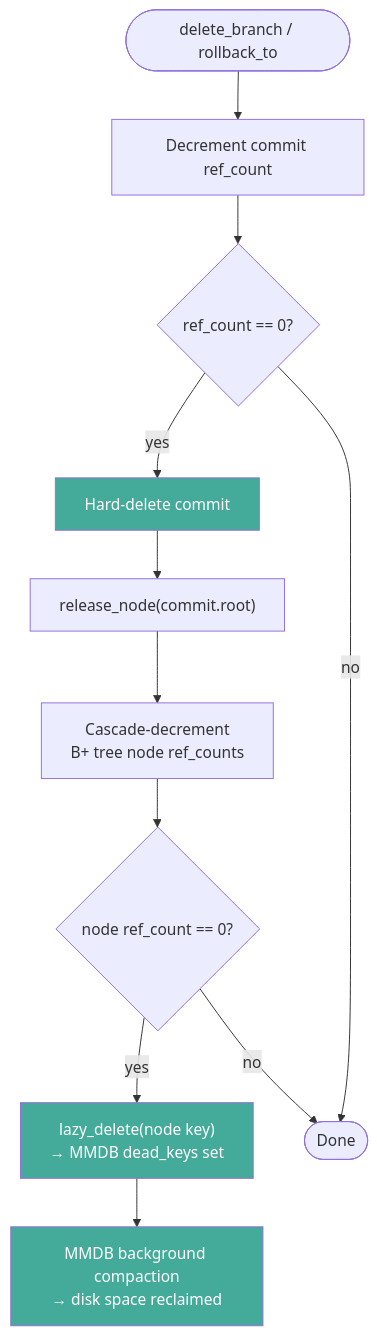
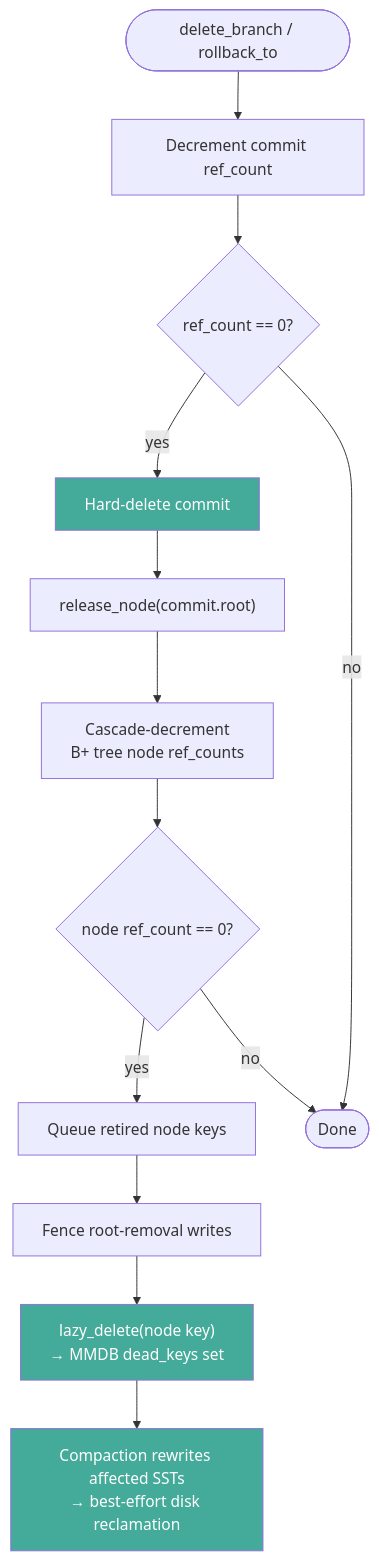
Before and after one commit to rust-util-collections/vsdb: diagram 14 of 18 in strata/docs/versioned.md, drawn with Mermaid. The commit also changed other lines of this file and 36 other files, not shown here.

````diff
--- a/strata/docs/versioned.md
+++ b/strata/docs/versioned.md
@@ -534,17 +537,19 @@
 ```mermaid
 flowchart TD
     Start(["delete_branch / rollback_to"]) --> RC["Decrement commit ref_count"]
     RC --> Dead{"ref_count == 0?"}
     Dead -->|yes| Del["Hard-delete commit"]
     Del --> Rel["release_node(commit.root)"]
     Rel --> NodeRC["Cascade-decrement<br/>B+ tree node ref_counts"]
     NodeRC --> NodeDead{"node ref_count == 0?"}
-    NodeDead -->|yes| Lazy["lazy_delete(node key)<br/>→ MMDB dead_keys set"]
-    Lazy --> Compact["MMDB background compaction<br/>→ disk space reclaimed"]
+    NodeDead -->|yes| Queue["Queue retired node keys"]
+    Queue --> Fence["Fence root-removal writes"]
+    Fence --> Lazy["lazy_delete(node key)<br/>→ MMDB dead_keys set"]
+    Lazy --> Compact["Compaction rewrites affected SSTs<br/>→ best-effort disk reclamation"]
     Dead -->|no| Done(["Done"])
     NodeDead -->|no| Done
 
     style Del fill:#4a9,color:#fff
     style Lazy fill:#4a9,color:#fff
     style Compact fill:#4a9,color:#fff
 ```
````
